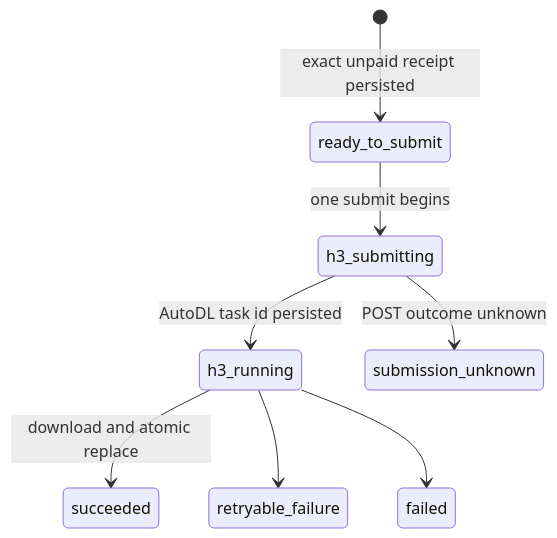
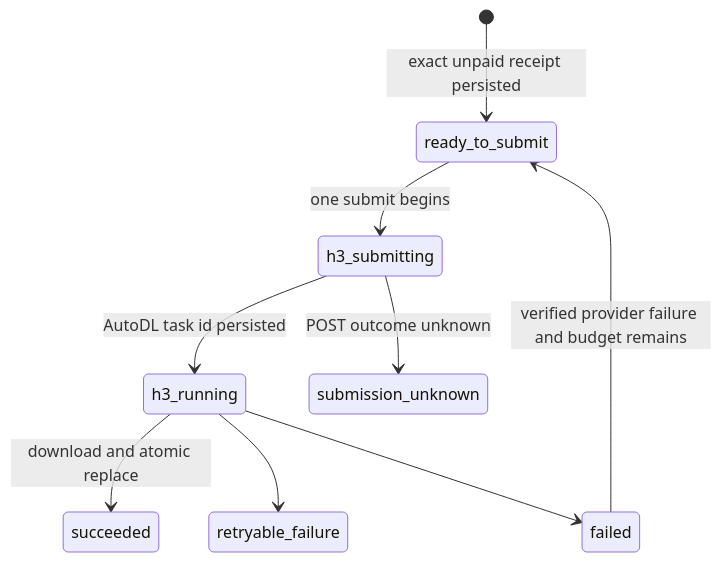
Before and after one commit to xy-plus/duet-ad: the third of 3 diagrams in docs/agent/architecture/architecture.md, drawn with Mermaid. The commit also changed other lines of this file and 14 other files, not shown here.

````diff
--- a/docs/agent/architecture/architecture.md
+++ b/docs/agent/architecture/architecture.md
@@ -110,10 +110,11 @@
 ```mermaid
 stateDiagram-v2
   [*] --> ready_to_submit: exact unpaid receipt persisted
   ready_to_submit --> h3_submitting: one submit begins
   h3_submitting --> h3_running: AutoDL task id persisted
   h3_submitting --> submission_unknown: POST outcome unknown
   h3_running --> succeeded: download and atomic replace
   h3_running --> retryable_failure
   h3_running --> failed
+  failed --> ready_to_submit: verified provider failure and budget remains
 ```
````
